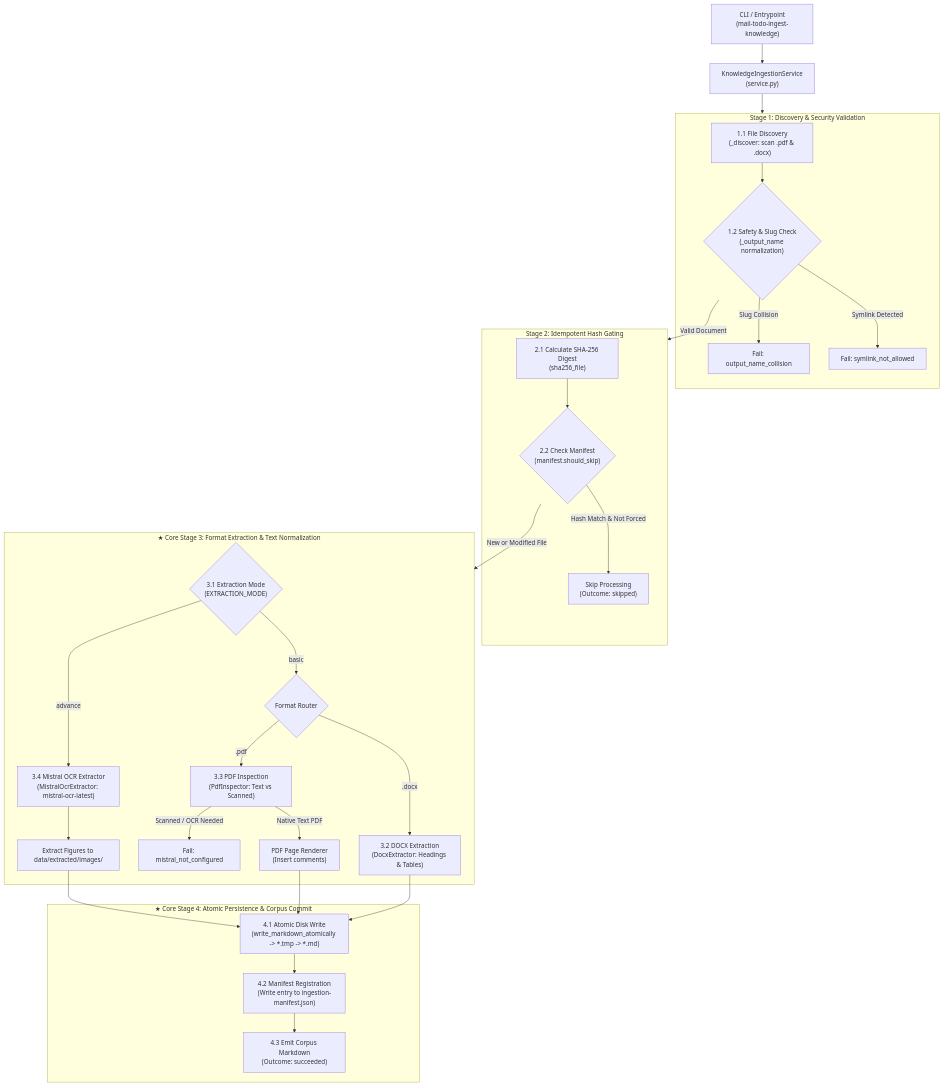
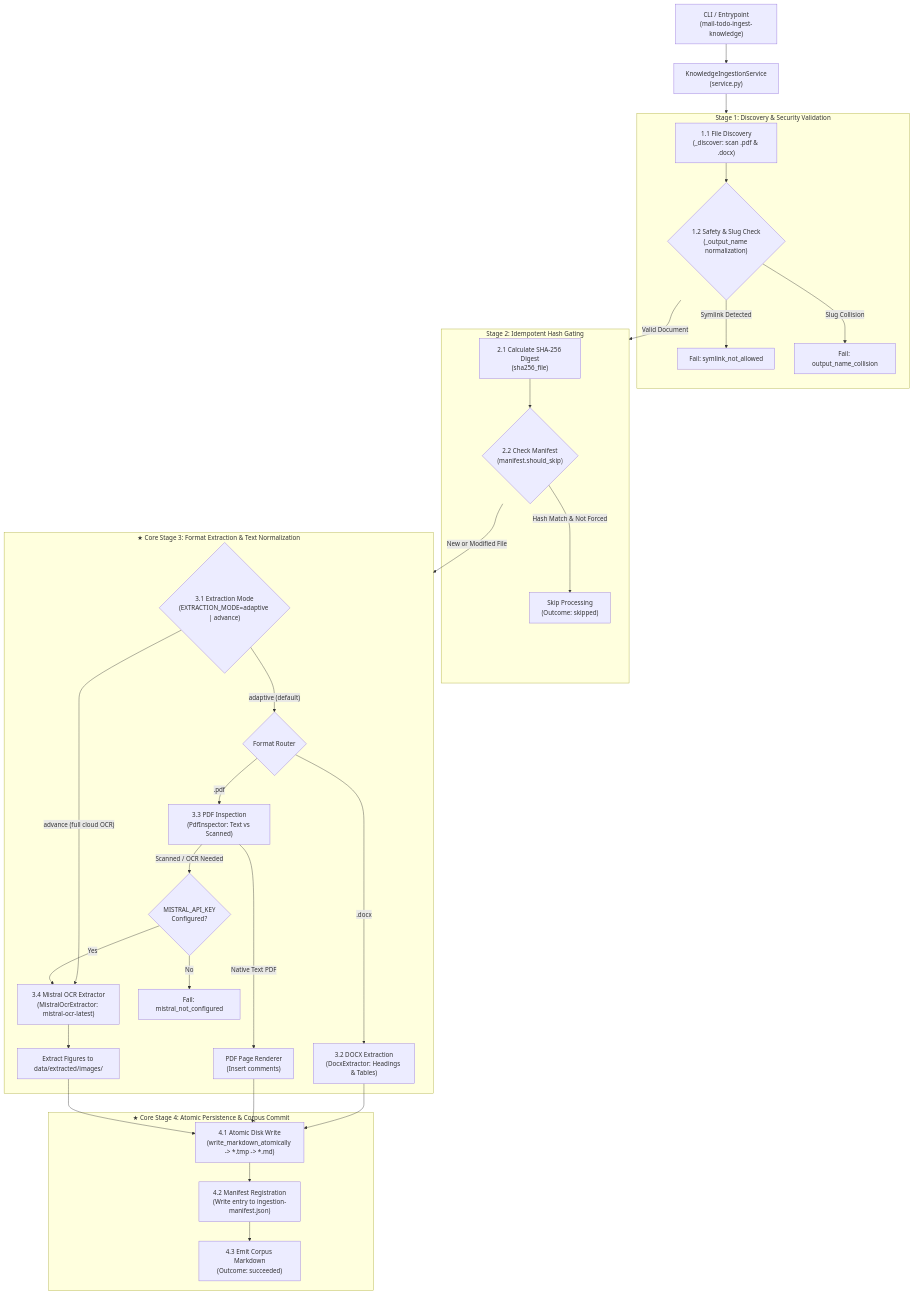
Before and after one commit to MathematicGuy/EMAIL-AGENT-v1: the first of 2 diagrams in docs/architectures/current-architectures/06-knowledge-and-document-ingestion-pipeline.md, drawn with Mermaid. The commit also changed other lines of this file and 6 other files, not shown here.

Commit message:
feat(ingestion): upgrade extraction mode to adaptive with auto-escalation to Mistral OCR

````diff
--- a/docs/architectures/current-architectures/06-knowledge-and-document-ingestion-pipeline.md
+++ b/docs/architectures/current-architectures/06-knowledge-and-document-ingestion-pipeline.md
@@ -37,41 +37,43 @@
 ```mermaid
 flowchart TB
     CLI["CLI / Entrypoint<br/>(mail-todo-ingest-knowledge)"] --> SERVICE["KnowledgeIngestionService<br/>(service.py)"]
 
     subgraph STAGE1["Stage 1: Discovery & Security Validation"]
         DISCOVER["1.1 File Discovery<br/>(_discover: scan .pdf & .docx)"] --> SAFETY{"1.2 Safety & Slug Check<br/>(_output_name normalization)"}
         SAFETY -->|Symlink Detected| REJECT_SYM["Fail: symlink_not_allowed"]
         SAFETY -->|Slug Collision| REJECT_COLL["Fail: output_name_collision"]
     end
 
     SERVICE --> STAGE1
     SAFETY -->|Valid Document| STAGE2
 
     subgraph STAGE2["Stage 2: Idempotent Hash Gating"]
         HASH["2.1 Calculate SHA-256 Digest<br/>(sha256_file)"] --> MANIFEST_CHECK{"2.2 Check Manifest<br/>(manifest.should_skip)"}
         MANIFEST_CHECK -->|Hash Match & Not Forced| SKIP["Skip Processing<br/>(Outcome: skipped)"]
     end
 
     MANIFEST_CHECK -->|New or Modified File| STAGE3
 
     subgraph STAGE3["★ Core Stage 3: Format Extraction & Text Normalization"]
-        MODE{"3.1 Extraction Mode<br/>(EXTRACTION_MODE)"}
-        MODE -->|basic| ROUTE{"Format Router"}
-        MODE -->|advance| OCR["3.4 Mistral OCR Extractor<br/>(MistralOcrExtractor: mistral-ocr-latest)"]
+        MODE{"3.1 Extraction Mode<br/>(EXTRACTION_MODE=adaptive | advance)"}
+        MODE -->|"advance (full cloud OCR)"| OCR["3.4 Mistral OCR Extractor<br/>(MistralOcrExtractor: mistral-ocr-latest)"]
+        MODE -->|"adaptive (default)"| ROUTE{"Format Router"}
         OCR --> FIGURES["Extract Figures to data/extracted/images/"]
 
         ROUTE -->|.docx| DOCX["3.2 DOCX Extraction<br/>(DocxExtractor: Headings & Tables)"]
         ROUTE -->|.pdf| PDF["3.3 PDF Inspection<br/>(PdfInspector: Text vs Scanned)"]
 
-        PDF -->|Native Text PDF| RENDER_PDF["PDF Page Renderer<br/>(Insert <!-- Page N --> comments)"]
-        PDF -->|Scanned / OCR Needed| FAIL_OCR["Fail: mistral_not_configured"]
+        PDF -->|"Native Text PDF"| RENDER_PDF["PDF Page Renderer<br/>(Insert <!-- Page N --> comments)"]
+        PDF -->|"Scanned / OCR Needed"| OCR_CHECK{"MISTRAL_API_KEY<br/>Configured?"}
+        OCR_CHECK -->|Yes| OCR
+        OCR_CHECK -->|No| FAIL_OCR["Fail: mistral_not_configured"]
     end
 
     subgraph STAGE4["★ Core Stage 4: Atomic Persistence & Corpus Commit"]
         DOCX --> ATOMIC["4.1 Atomic Disk Write<br/>(write_markdown_atomically -> *.tmp -> *.md)"]
         RENDER_PDF --> ATOMIC
         FIGURES --> ATOMIC
         ATOMIC --> RECORD["4.2 Manifest Registration<br/>(Write entry to ingestion-manifest.json)"]
         RECORD --> SUCCESS["4.3 Emit Corpus Markdown<br/>(Outcome: succeeded)"]
     end
 ```
````
